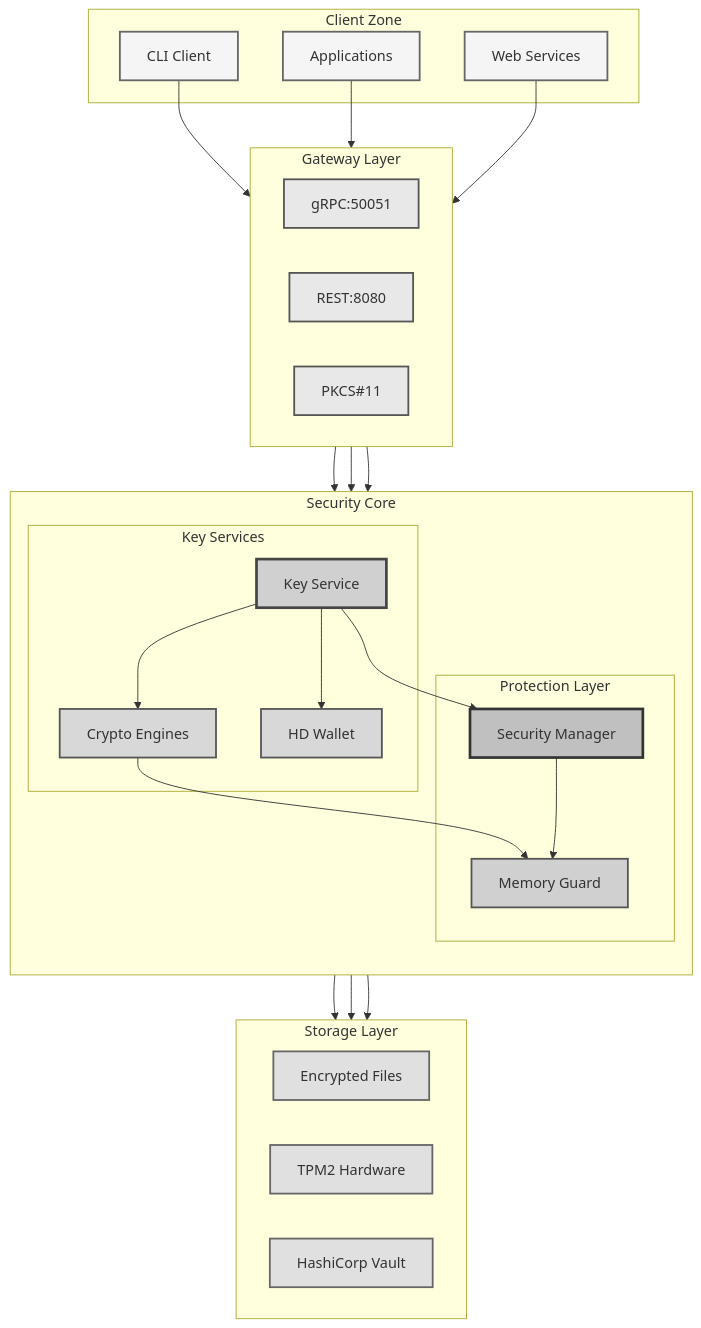
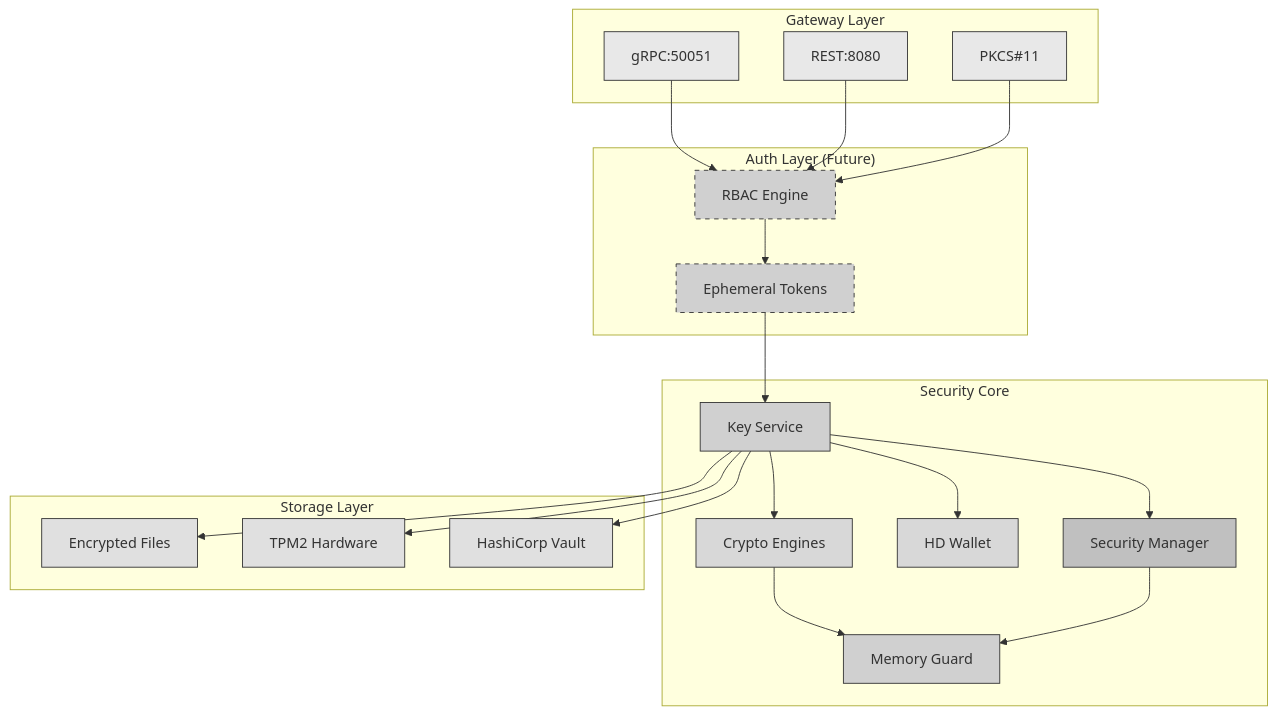
One commit to ehanoc/softKMS changed the diagram in README.md. Above: the diagram before and after it, drawn with Mermaid. The commit also changed other lines of this file and 8 other files, not shown here.

````diff
--- a/README.md
+++ b/README.md
@@ -38,71 +39,59 @@
 ```mermaid
 flowchart TB
-    subgraph "Client Zone"
-        CLI["CLI Client"]
-        APP["Applications"]
-        WEB["Web Services"]
+    subgraph "Gateway Layer"
+        GRPC[gRPC:50051]
+        REST[REST:8080]
+        PKCS[PKCS#11]
     end
 
-    subgraph "Gateway Layer"
-        direction LR
-        GRPC["gRPC:50051"]
-        REST["REST:8080"]
-        PKCS["PKCS#11"]
+    subgraph "Auth Layer (Future)"
+        RBAC[RBAC Engine]
+        EPH[Ephemeral Tokens]
     end
 
     subgraph "Security Core"
-        direction TB
-        
-        subgraph "Key Services"
-            KEY["Key Service"]
-            CRYPTO["Crypto Engines"]
-            HD["HD Wallet"]
-        end
-        
-        subgraph "Protection Layer"
-            SEC["Security Manager"]
-            MEM["Memory Guard"]
-        end
+        KEY[Key Service]
+        CRYPTO[Crypto Engines]
+        HD[HD Wallet]
+        SEC[Security Manager]
+        MEM[Memory Guard]
     end
 
     subgraph "Storage Layer"
-        direction LR
-        FILE["Encrypted Files"]
-        TPM["TPM2 Hardware"]
-        VAULT["HashiCorp Vault"]
+        FILE[Encrypted Files]
+        TPM[TPM2 Hardware]
+        VAULT[HashiCorp Vault]
     end
-
-    CLI --> GRPC
-    APP --> REST
-    WEB --> PKCS
+   
+    GRPC --> RBAC
+    REST --> RBAC
+    PKCS --> RBAC
     
-    GRPC --> KEY
-    REST --> KEY
-    PKCS --> KEY
+    RBAC --> EPH
+    EPH --> KEY
     
     KEY --> CRYPTO
     KEY --> HD
     KEY --> SEC
     
     CRYPTO --> MEM
     SEC --> MEM
     
     KEY --> FILE
     KEY --> TPM
     KEY --> VAULT
     
-    style CLI fill:#f5f5f5,stroke:#666,stroke-width:2px
-    style APP fill:#f5f5f5,stroke:#666,stroke-width:2px
-    style WEB fill:#f5f5f5,stroke:#666,stroke-width:2px
-    style GRPC fill:#e8e8e8,stroke:#555,stroke-width:2px
-    style REST fill:#e8e8e8,stroke:#555,stroke-width:2px
-    style PKCS fill:#e8e8e8,stroke:#555,stroke-width:2px
-    style KEY fill:#d0d0d0,stroke:#444,stroke-width:3px
-    style CRYPTO fill:#d8d8d8,stroke:#555,stroke-width:2px
-    style HD fill:#d8d8d8,stroke:#555,stroke-width:2px
-    style SEC fill:#c0c0c0,stroke:#333,stroke-width:3px
-    style MEM fill:#d0d0d0,stroke:#555,stroke-width:2px
-    style FILE fill:#e0e0e0,stroke:#666,stroke-width:2px
-    style TPM fill:#e0e0e0,stroke:#666,stroke-width:2px
-    style VAULT fill:#e0e0e0,stroke:#666,stroke-width:2px
+    style GRPC fill:#e8e8e8,stroke:#333
+    style REST fill:#e8e8e8,stroke:#333
+    style PKCS fill:#e8e8e8,stroke:#333
+    style RBAC fill:#d0d0d0,stroke:#333,stroke-dasharray:5 5
+    style EPH fill:#d0d0d0,stroke:#333,stroke-dasharray:5 5
+    style KEY fill:#d0d0d0,stroke:#333
+    style CRYPTO fill:#d8d8d8,stroke:#333
+    style HD fill:#d8d8d8,stroke:#333
+    style SEC fill:#c0c0c0,stroke:#333
+    style MEM fill:#d0d0d0,stroke:#333
+    style FILE fill:#e0e0e0,stroke:#333
+    style TPM fill:#e0e0e0,stroke:#333
+    style VAULT fill:#e0e0e0,stroke:#333
 ```
````
